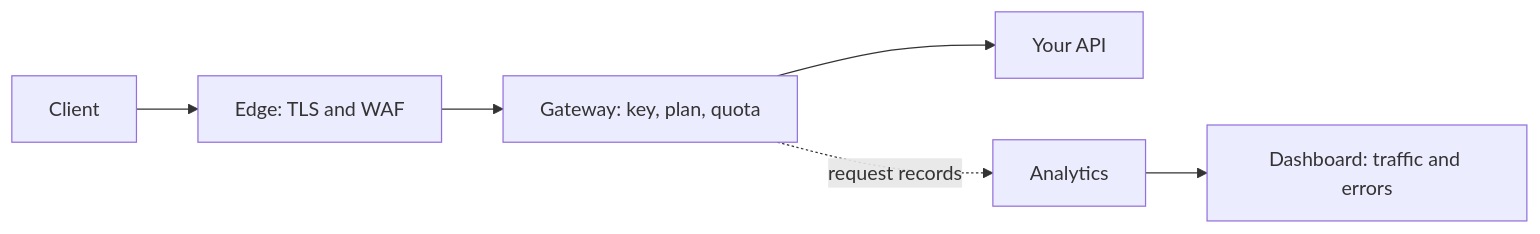
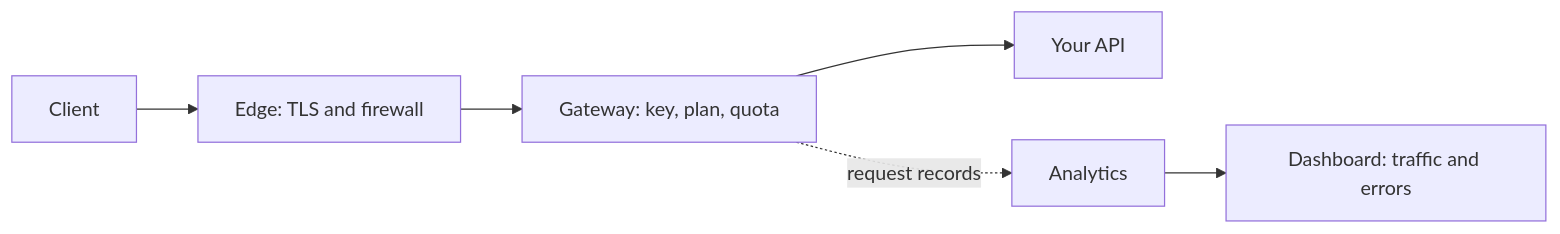
The diagram in apps/web/content/docs/en/how-it-works.mdx (Amoxine/mirqab), drawn with Mermaid before and after one commit. The commit also changed other lines of this file and 38 other files, not shown here.

````diff
--- a/apps/web/content/docs/en/how-it-works.mdx
+++ b/apps/web/content/docs/en/how-it-works.mdx
@@ -8,8 +8,8 @@
 ```mermaid
 flowchart LR
-  C[Client] --> E[Edge: TLS and WAF]
+  C[Client] --> E[Edge: TLS and firewall]
   E --> G[Gateway: key, plan, quota]
   G --> U[Your API]
   G -. request records .-> A[Analytics]
   A --> D[Dashboard: traffic and errors]
 ```
````
